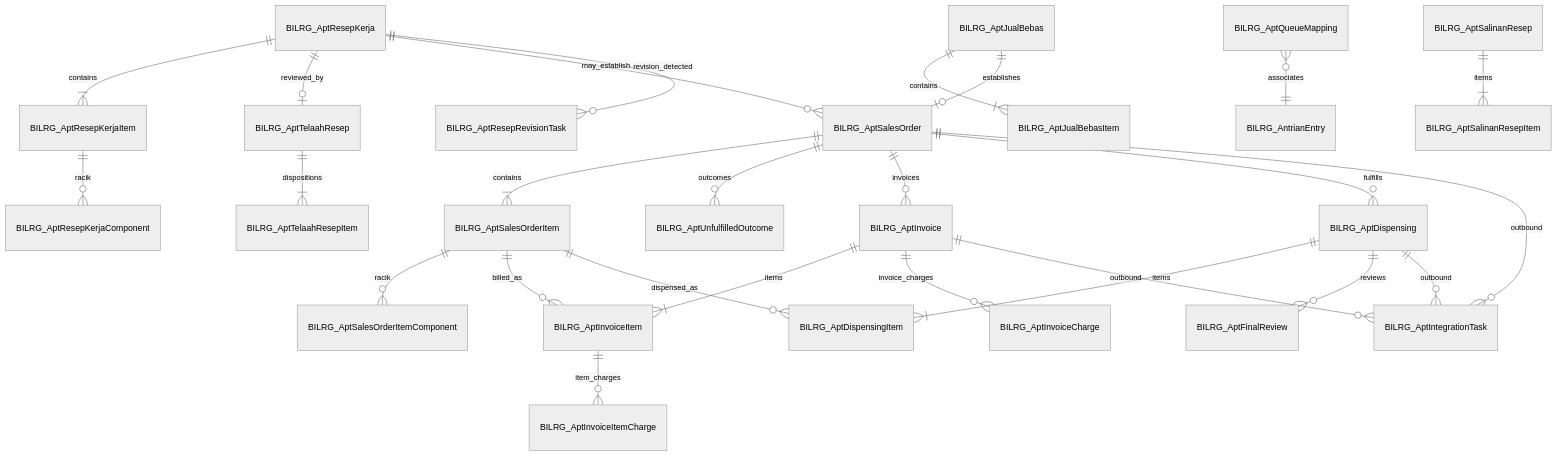
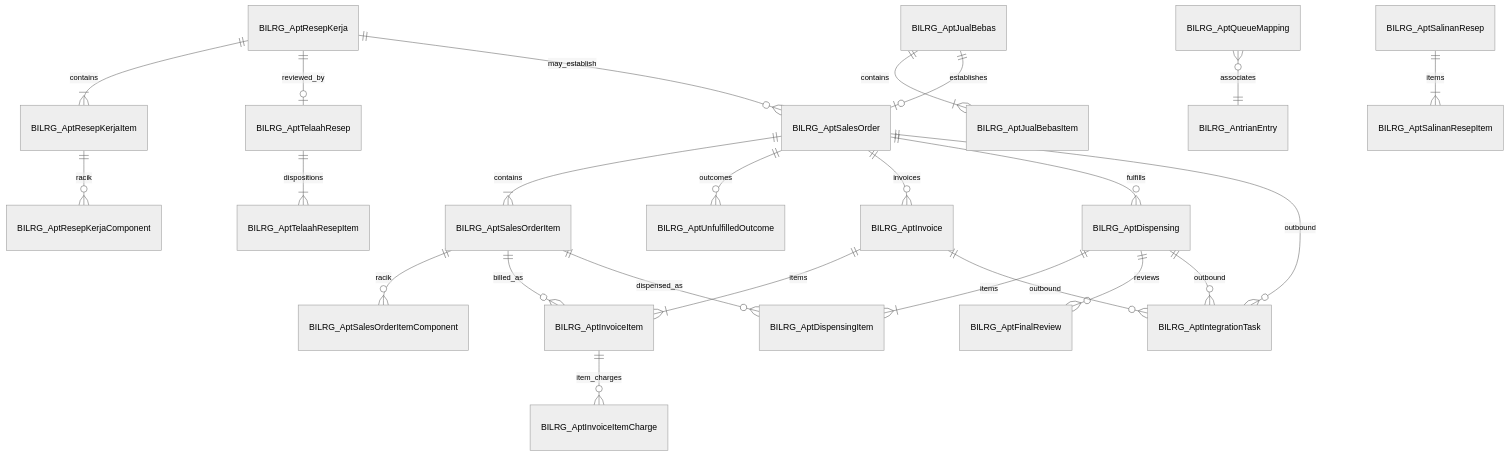
The second of 3 diagrams in docs/contexts/apotek/outpatient-apotek-persistence-design.md (smart-ics/b09-bilreg-api), drawn with Mermaid (neutral theme) before and after one commit. The commit also changed other lines of this file and 7 other files, not shown here.

````diff
--- a/docs/contexts/apotek/outpatient-apotek-persistence-design.md
+++ b/docs/contexts/apotek/outpatient-apotek-persistence-design.md
@@ -337,28 +337,26 @@
 ```mermaid
 erDiagram
   BILRG_AptResepKerja ||--|{ BILRG_AptResepKerjaItem : contains
   BILRG_AptResepKerjaItem ||--o{ BILRG_AptResepKerjaComponent : racik
   BILRG_AptResepKerja ||--o| BILRG_AptTelaahResep : reviewed_by
   BILRG_AptResepKerja ||--o{ BILRG_AptSalesOrder : may_establish
-  BILRG_AptResepKerja ||--o{ BILRG_AptResepRevisionTask : revision_detected
   BILRG_AptJualBebas ||--|{ BILRG_AptJualBebasItem : contains
   BILRG_AptJualBebas ||--o| BILRG_AptSalesOrder : establishes
   BILRG_AptTelaahResep ||--|{ BILRG_AptTelaahResepItem : dispositions
   BILRG_AptSalesOrder ||--|{ BILRG_AptSalesOrderItem : contains
   BILRG_AptSalesOrderItem ||--o{ BILRG_AptSalesOrderItemComponent : racik
   BILRG_AptSalesOrder ||--o{ BILRG_AptUnfulfilledOutcome : outcomes
   BILRG_AptSalesOrder ||--o{ BILRG_AptInvoice : invoices
   BILRG_AptSalesOrder ||--o{ BILRG_AptDispensing : fulfills
   BILRG_AptSalesOrderItem ||--o{ BILRG_AptInvoiceItem : billed_as
   BILRG_AptSalesOrderItem ||--o{ BILRG_AptDispensingItem : dispensed_as
   BILRG_AptInvoice ||--|{ BILRG_AptInvoiceItem : items
   BILRG_AptInvoiceItem ||--o{ BILRG_AptInvoiceItemCharge : item_charges
-  BILRG_AptInvoice ||--o{ BILRG_AptInvoiceCharge : invoice_charges
   BILRG_AptDispensing ||--|{ BILRG_AptDispensingItem : items
   BILRG_AptDispensing ||--o{ BILRG_AptFinalReview : reviews
   BILRG_AptQueueMapping }o--|| BILRG_AntrianEntry : associates
   BILRG_AptSalinanResep ||--|{ BILRG_AptSalinanResepItem : items
   BILRG_AptSalesOrder ||--o{ BILRG_AptIntegrationTask : outbound
   BILRG_AptDispensing ||--o{ BILRG_AptIntegrationTask : outbound
   BILRG_AptInvoice ||--o{ BILRG_AptIntegrationTask : outbound
 ```
````
